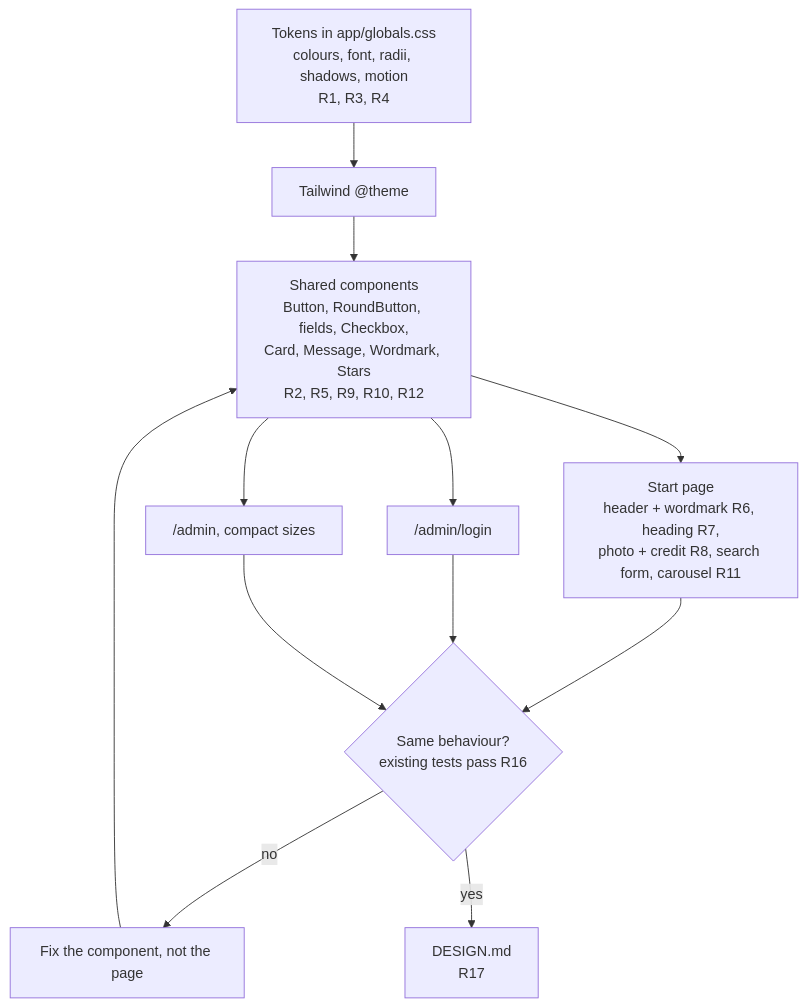
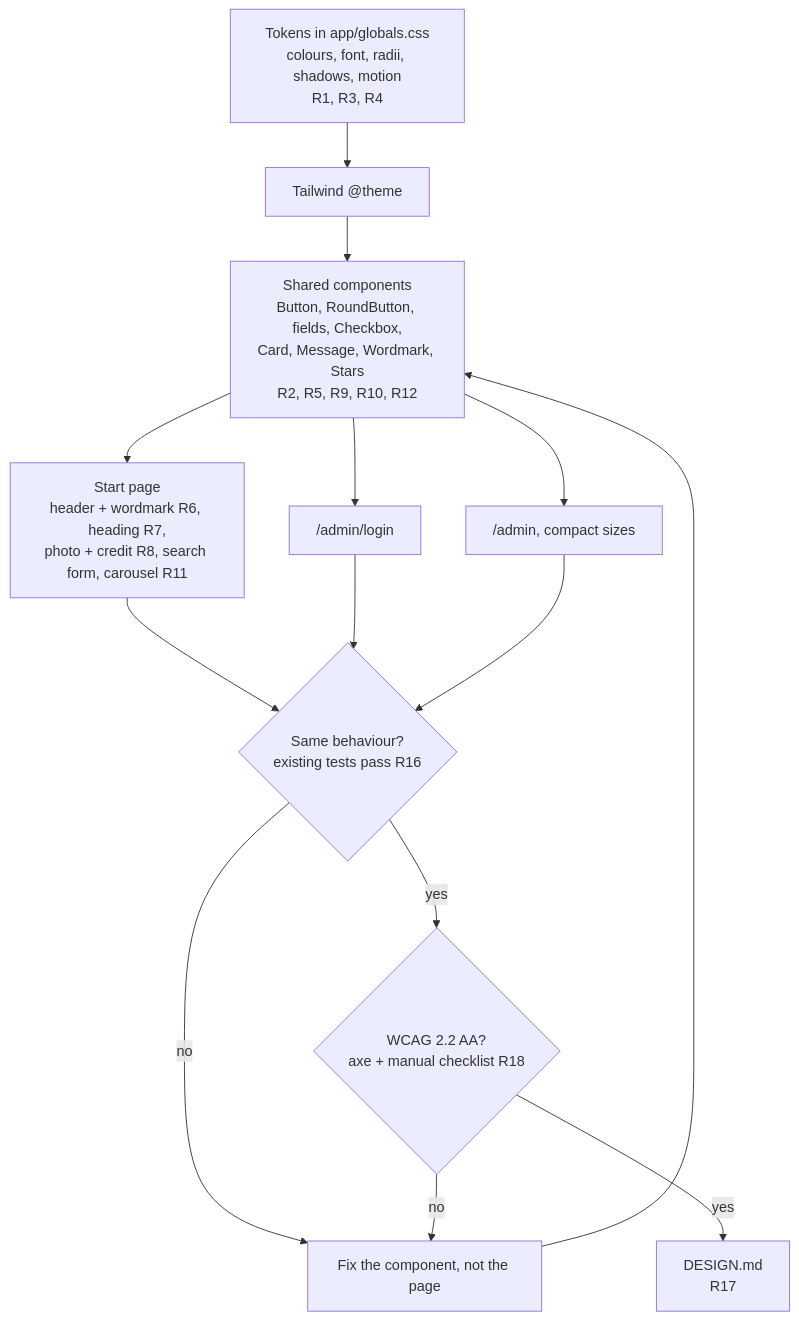
The diagram in specs/backlog/TRIP-008-visual-design/flow.mmd (gustavnymoen/gurrasflyg), drawn with Mermaid before and after one commit. The commit also changed 7 other files, not shown here.

```diff
--- a/specs/backlog/TRIP-008-visual-design/flow.mmd
+++ b/specs/backlog/TRIP-008-visual-design/flow.mmd
@@ -1,13 +1,15 @@
 %% TRIP-008 Visual design
 flowchart TD
     Tokens["Tokens in app/globals.css<br/>colours, font, radii, shadows, motion<br/>R1, R3, R4"] --> Theme["Tailwind @theme"]
     Theme --> Comps["Shared components<br/>Button, RoundButton, fields, Checkbox,<br/>Card, Message, Wordmark, Stars<br/>R2, R5, R9, R10, R12"]
     Comps --> Start["Start page<br/>header + wordmark R6, heading R7,<br/>photo + credit R8, search form, carousel R11"]
     Comps --> Login["/admin/login"]
     Comps --> Admin["/admin, compact sizes"]
     Start --> Check{"Same behaviour?<br/>existing tests pass R16"}
     Login --> Check
     Admin --> Check
     Check -- no --> Fix[Fix the component, not the page]
     Fix --> Comps
-    Check -- yes --> Doc["DESIGN.md<br/>R17"]
+    Check -- yes --> A11y{"WCAG 2.2 AA?<br/>axe + manual checklist R18"}
+    A11y -- no --> Fix
+    A11y -- yes --> Doc["DESIGN.md<br/>R17"]
```
